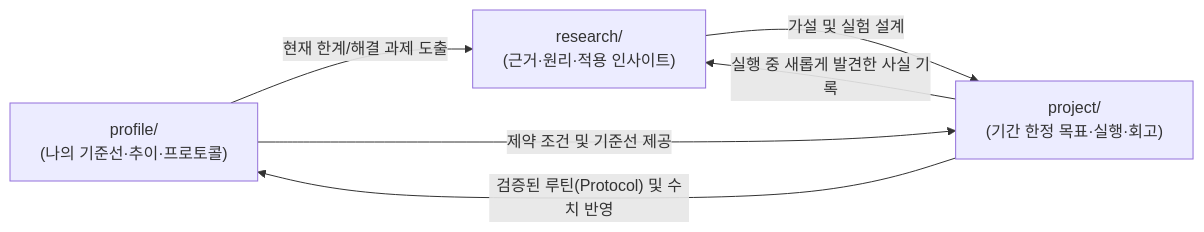
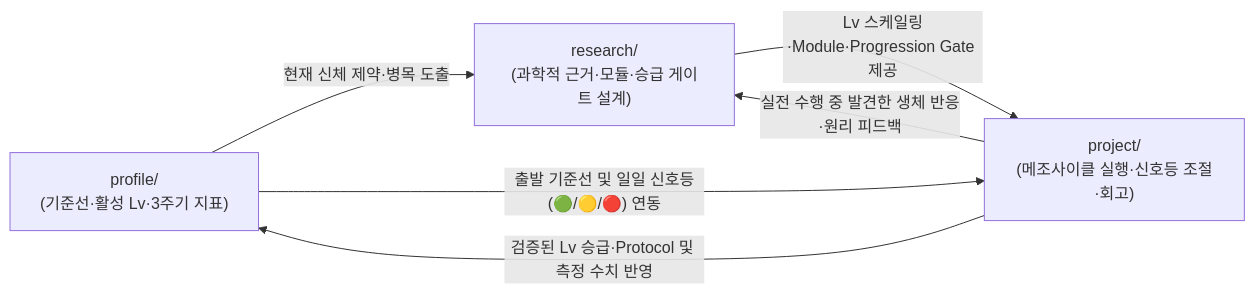
Before and after one commit to taepyeong-build/fitness-journal: the diagram in README.md, drawn with Mermaid. The commit also changed other lines of this file and 9 other files, not shown here.

Commit message:
docs(architecture): evolve three-pillar structure into Adaptive Health OS

````diff
--- a/README.md
+++ b/README.md
@@ -9,12 +9,12 @@
 ```mermaid
 flowchart LR
-    P["profile/\n(나의 기준선·추이·프로토콜)"]
-    R["research/\n(근거·원리·적용 인사이트)"]
-    J["project/\n(기간 한정 목표·실행·회고)"]
+    P["profile/\n(기준선·활성 Lv·3주기 지표)"]
+    R["research/\n(과학적 근거·모듈·승급 게이트 설계)"]
+    J["project/\n(메조사이클 실행·신호등 조절·회고)"]
 
-    P -->|"현재 한계/해결 과제 도출"| R
-    R -->|"가설 및 실험 설계"| J
-    P -->|"제약 조건 및 기준선 제공"| J
-    J -->|"검증된 루틴(Protocol) 및 수치 반영"| P
-    J -->|"실행 중 새롭게 발견한 사실 기록"| R
+    P -->|"현재 신체 제약·병목 도출"| R
+    R -->|"Lv 스케일링·Module·Progression Gate 제공"| J
+    P -->|"출발 기준선 및 일일 신호등(🟢/🟡/🔴) 연동"| J
+    J -->|"검증된 Lv 승급·Protocol 및 측정 수치 반영"| P
+    J -->|"실전 수행 중 발견한 생체 반응·원리 피드백"| R
 ```
````
